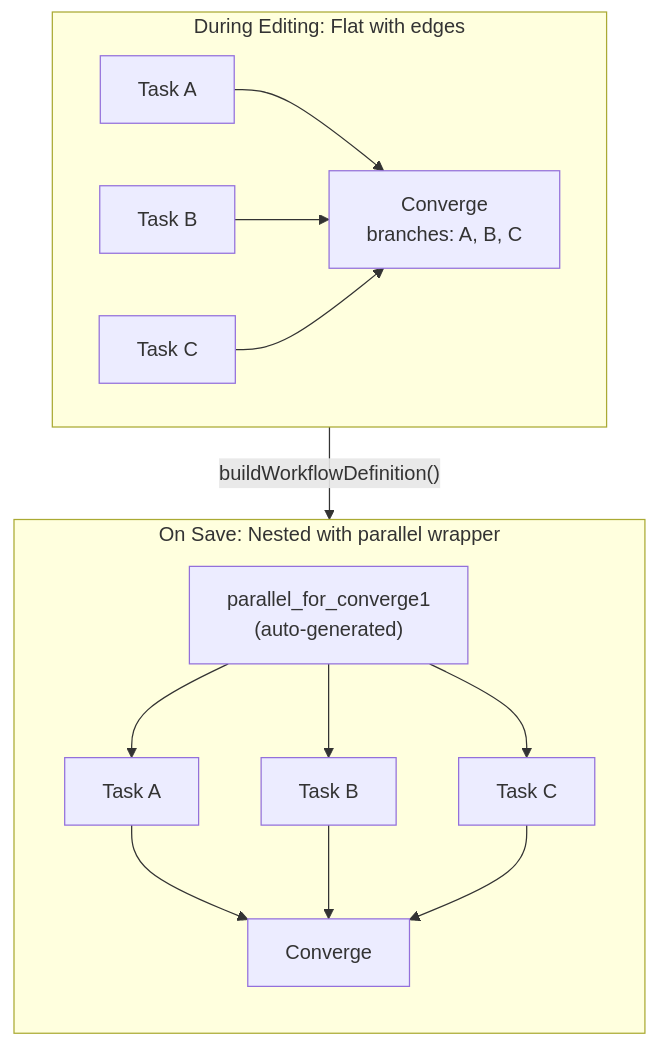
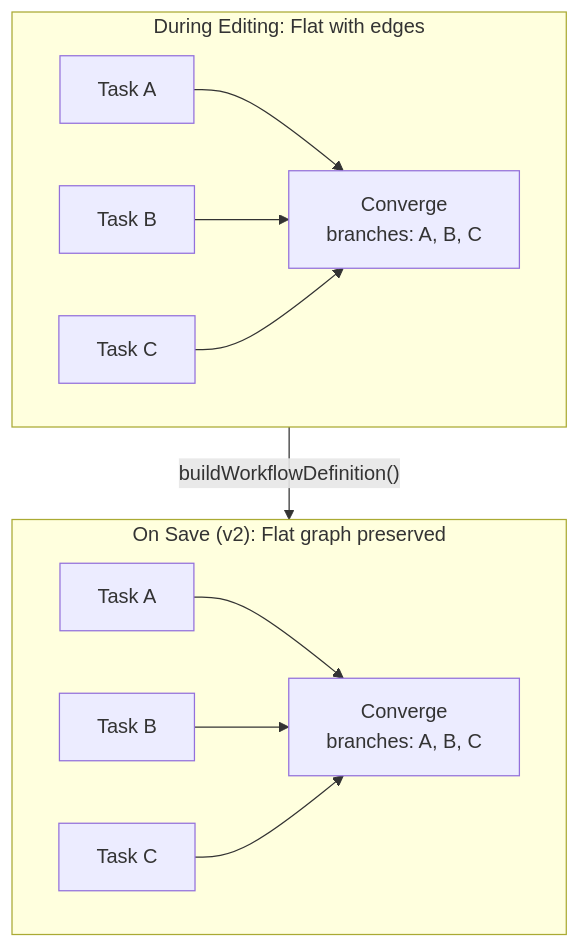
Diagram 13 of 18 in docs/architecture.md (alinabuzachis/syntara), drawn with Mermaid before and after one commit. The commit also changed other lines of this file and 38 other files, not shown here.

````diff
--- a/docs/architecture.md
+++ b/docs/architecture.md
@@ -860,21 +860,16 @@
 ```mermaid
 flowchart TB
   subgraph Editing["During Editing: Flat with edges"]
     B1[Task A] --> BJ["Converge<br/>branches: A, B, C"]
     B2[Task B] --> BJ
     B3[Task C] --> BJ
   end
 
-  subgraph API["On Save: Nested with parallel wrapper"]
-    direction TB
-    P["parallel_for_converge1<br/>(auto-generated)"]
-    A1[Task A]
-    A2[Task B]
-    A3[Task C]
-    AJ[Converge]
-    P --> A1 & A2 & A3
-    A1 & A2 & A3 --> AJ
+  subgraph API["On Save (v2): Flat graph preserved"]
+    S1[Task A] --> SJ["Converge<br/>branches: A, B, C"]
+    S2[Task B] --> SJ
+    S3[Task C] --> SJ
   end
 
   Editing -->|"buildWorkflowDefinition()"| API
 ```
````
